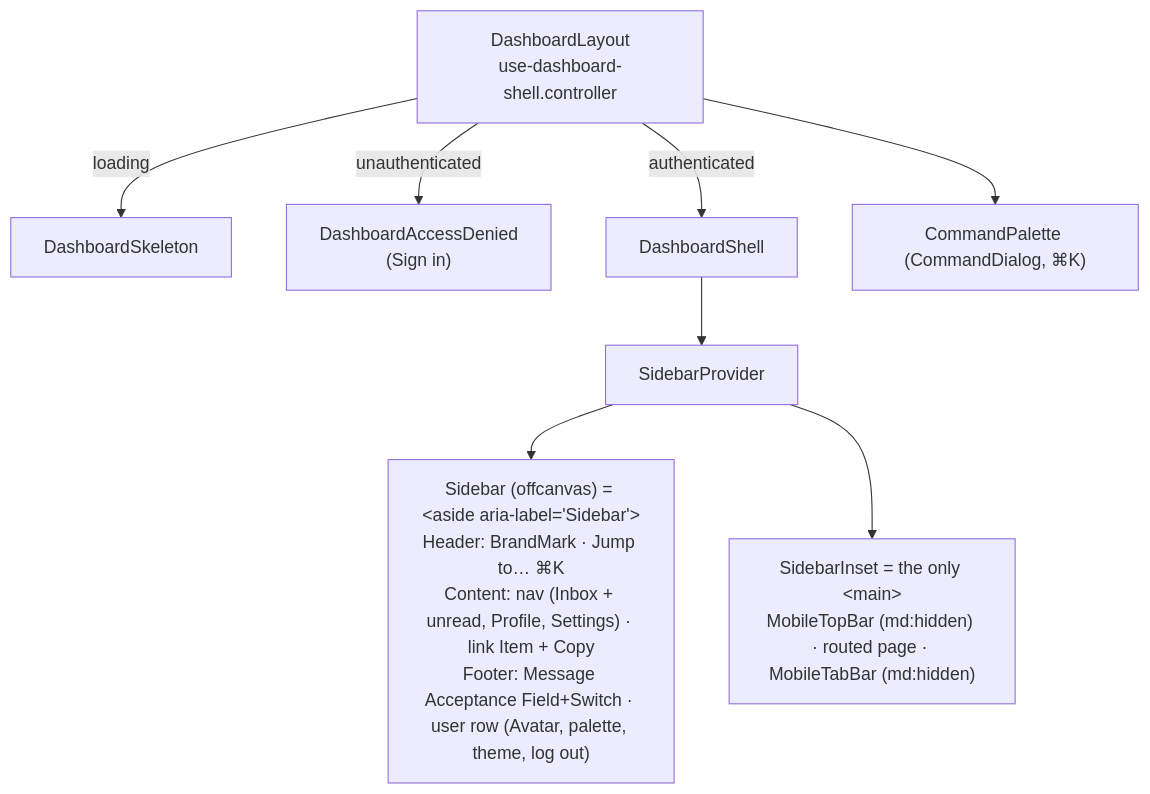
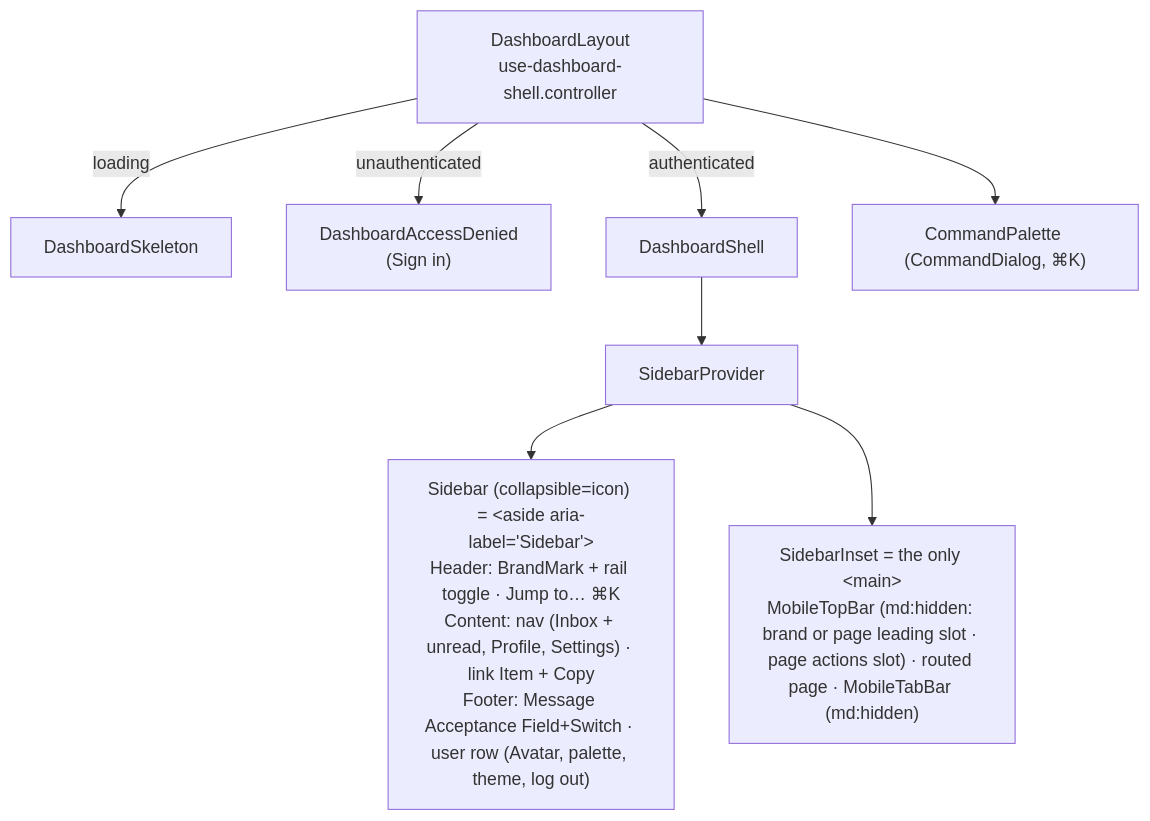
One commit to Abbas4tech/GhostMsg changed the second of 6 diagrams in docs/14-ui-screens-and-user-flows.md. Above: the diagram before and after it, drawn with Mermaid. The commit also changed other lines of this file and 284 other files, not shown here.

````diff
--- a/docs/14-ui-screens-and-user-flows.md
+++ b/docs/14-ui-screens-and-user-flows.md
@@ -45,10 +46,10 @@
 ```mermaid
 flowchart TB
     DL["DashboardLayout<br/>use-dashboard-shell.controller"] -->|loading| SK["DashboardSkeleton"]
     DL -->|unauthenticated| AD["DashboardAccessDenied<br/>(Sign in)"]
     DL -->|authenticated| SH["DashboardShell"]
     SH --> SP["SidebarProvider"]
-    SP --> SB["Sidebar (offcanvas) = #lt;aside aria-label='Sidebar'#gt;<br/>Header: BrandMark · Jump to… ⌘K<br/>Content: nav (Inbox + unread, Profile, Settings) · link Item + Copy<br/>Footer: Message Acceptance Field+Switch · user row (Avatar, palette, theme, log out)"]
-    SP --> IN["SidebarInset = the only #lt;main#gt;<br/>MobileTopBar (md:hidden) · routed page · MobileTabBar (md:hidden)"]
+    SP --> SB["Sidebar (collapsible=icon) = #lt;aside aria-label='Sidebar'#gt;<br/>Header: BrandMark + rail toggle · Jump to… ⌘K<br/>Content: nav (Inbox + unread, Profile, Settings) · link Item + Copy<br/>Footer: Message Acceptance Field+Switch · user row (Avatar, palette, theme, log out)"]
+    SP --> IN["SidebarInset = the only #lt;main#gt;<br/>MobileTopBar (md:hidden: brand or page leading slot · page actions slot) · routed page · MobileTabBar (md:hidden)"]
     DL --> CP["CommandPalette (CommandDialog, ⌘K)"]
 ```
````
